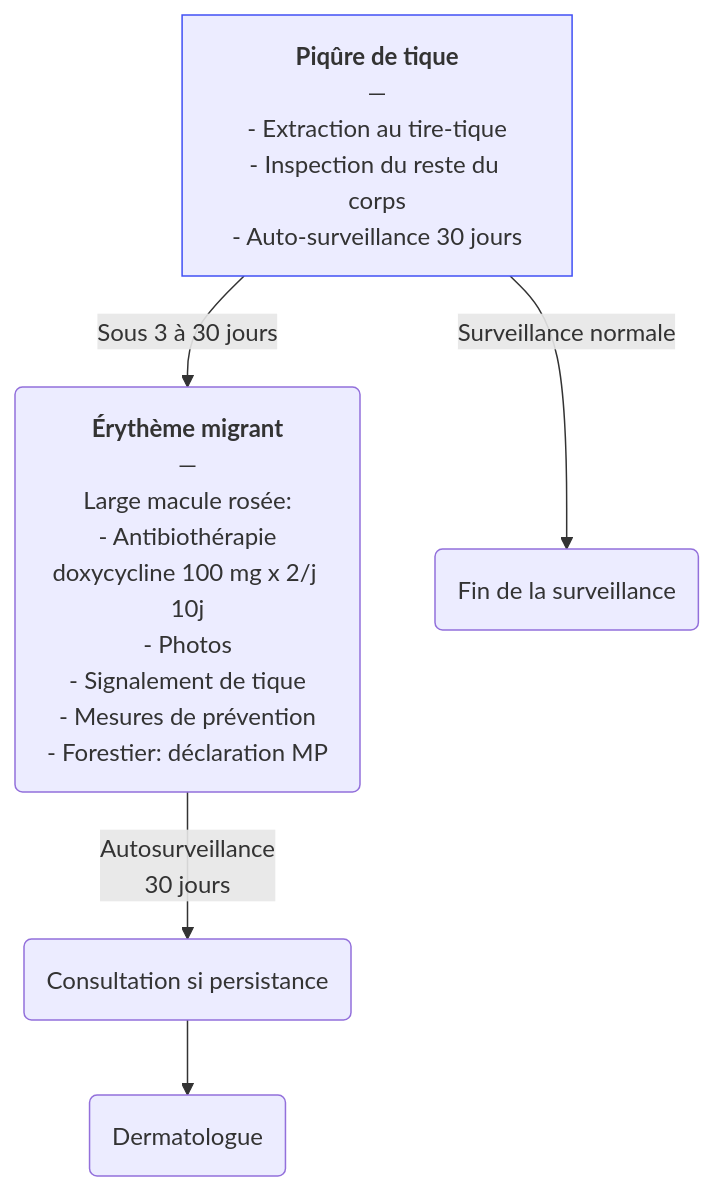
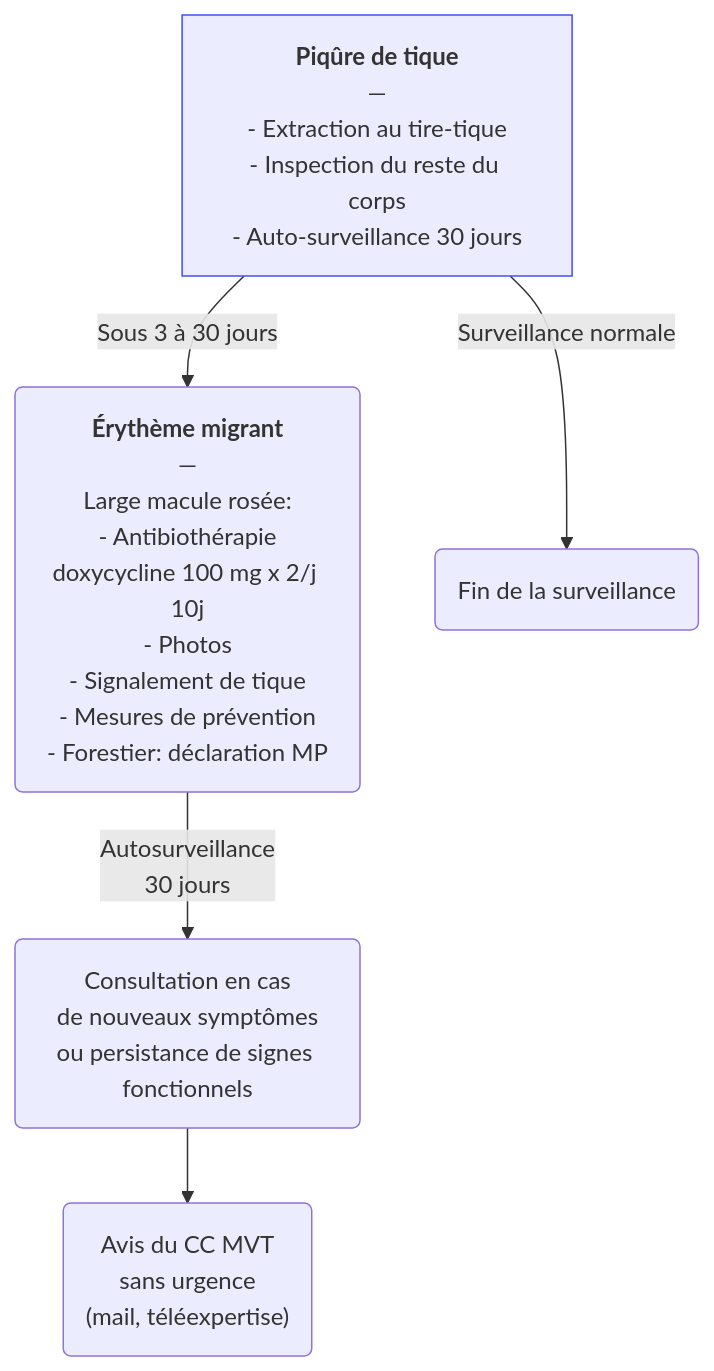
The diagram in content/recommandations/maladie-lyme.md (djibe/recommandations-medicales), drawn with Mermaid before and after one commit. The commit also changed other lines of this file and 8 other files, not shown here.

```diff
--- a/content/recommandations/maladie-lyme.md
+++ b/content/recommandations/maladie-lyme.md
@@ -345,6 +346,6 @@
 {{< mermaid title="Prise en charge de l'érythème migrant par le médecin généraliste. Dr JB Fron d'après HAS 2025" >}}
 graph TB
-  suspicion["<b>Piqûre de tique</b><br>—<br>- Extraction au tire-tique<br>- Inspection du reste du corps<br>- Auto-surveillance 30 jours"] -- "Sous 3 à 30 jours" --> érythème("<b>Érythème migrant</b><br>—<br>Large macule rosée:<br>- Antibiothérapie<br>doxycycline 100 mg x 2/j 10j<br>- Photos<br>- Signalement de tique<br>- Mesures de prévention<br>- Forestier: déclaration MP") -- "Autosurveillance<br>30 jours" --> contrôle(Consultation si persistance) --> dermatologue(Dermatologue)
+  suspicion["<b>Piqûre de tique</b><br>—<br>- Extraction au tire-tique<br>- Inspection du reste du corps<br>- Auto-surveillance 30 jours"] -- "Sous 3 à 30 jours" --> érythème("<b>Érythème migrant</b><br>—<br>Large macule rosée:<br>- Antibiothérapie<br>doxycycline 100 mg x 2/j 10j<br>- Photos<br>- Signalement de tique<br>- Mesures de prévention<br>- Forestier: déclaration MP") -- "Autosurveillance<br>30 jours" --> contrôle(Consultation en cas<br>de nouveaux symptômes<br>ou persistance de signes fonctionnels) --> CC("Avis du CC MVT<br>sans urgence<br>(mail, téléexpertise)")
     suspicion -- Surveillance normale --> rien("Fin de la surveillance")
   style suspicion stroke:#4150f5, stroke-width:1px
 {{< /mermaid >}}
```
